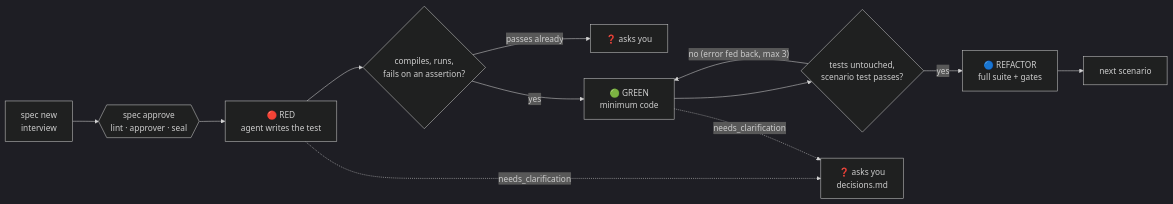
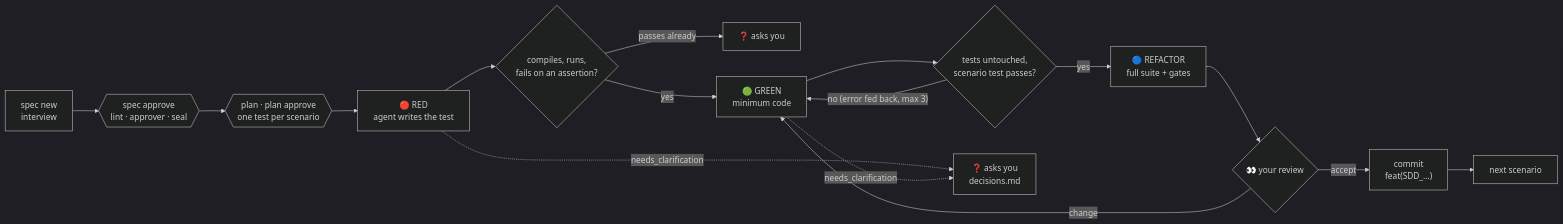
One commit to jefmonjor/specforge changed the diagram in README.md. Above: the diagram before and after it, drawn with Mermaid (dark theme). The commit also changed other lines of this file and 34 other files, not shown here.

First line of the commit message:
feat(spec): clarify, historial de aprobaciones con delta, lecciones y RED con test existente

````diff
--- a/README.md
+++ b/README.md
@@ -74,14 +74,18 @@
 ```mermaid
 flowchart LR
     N["spec new<br/>interview"] --> A{{"spec approve<br/>lint · approver · seal"}}
-    A --> R["🔴 RED<br/>agent writes the test"]
+    A --> P{{"plan · plan approve<br/>one test per scenario"}}
+    P --> R["🔴 RED<br/>agent writes the test"]
     R --> RV{"compiles, runs,<br/>fails on an assertion?"}
     RV -- "passes already" --> Q1["❓ asks you"]
     RV -- yes --> G["🟢 GREEN<br/>minimum code"]
     G --> GV{"tests untouched,<br/>scenario test passes?"}
     GV -- "no (error fed back, max 3)" --> G
     GV -- yes --> F["🔵 REFACTOR<br/>full suite + gates"]
-    F --> NX["next scenario"]
+    F --> V{"👀 your review"}
+    V -- "change" --> G
+    V -- "accept" --> CM["commit<br/>feat(SDD_…)"]
+    CM --> NX["next scenario"]
     R -. "needs_clarification" .-> Q2["❓ asks you<br/>decisions.md"]
     G -. "needs_clarification" .-> Q2
 ```
````
